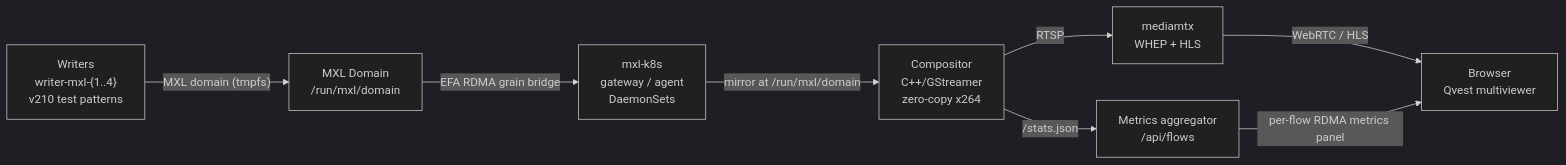
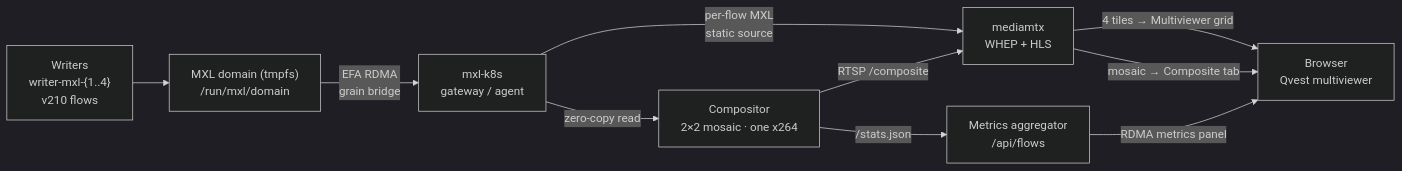
One commit to qvest-digital/mxl-dmf-demo-app changed the diagram in README.md. Above: the diagram before and after it, drawn with Mermaid (dark theme). The commit also changed other lines of this file and 1 other file, not shown here.

Commit message:
docs: correct multiviewer vs composite delivery framing
The Multiviewer grid plays four independent per-flow streams that
mediamtx reads directly from the RDMA-mirrored domain via its MXL
static-source plugin; the compositor's 2x2 mosaic is the separate
Composite tab, not the main grid. Fix README story + Mermaid and the
architecture one-line signal path to show the two independent paths.

````diff
--- a/README.md
+++ b/README.md
@@ -22,10 +23,12 @@
 ```mermaid
 flowchart LR
-    Writers["Writers<br>writer-mxl-{1..4}<br>v210 test patterns"] -->|"MXL domain (tmpfs)"| MXLDomain["MXL Domain<br>/run/mxl/domain"]
-    MXLDomain -->|"EFA RDMA grain bridge"| MXLK8S["mxl-k8s<br>gateway / agent<br>DaemonSets"]
-    MXLK8S -->|"mirror at /run/mxl/domain"| Compositor["Compositor<br>C++/GStreamer<br>zero-copy x264"]
-    Compositor -->|RTSP| Mediamtx["mediamtx<br>WHEP + HLS"]
-    Mediamtx -->|"WebRTC / HLS"| Browser["Browser<br>Qvest multiviewer"]
-    Aggregator["Metrics aggregator<br>/api/flows"] -->|"per-flow RDMA metrics panel"| Browser
-    Compositor -->|/stats.json| Aggregator
+    Writers["Writers<br>writer-mxl-{1..4}<br>v210 flows"] --> Domain["MXL domain (tmpfs)<br>/run/mxl/domain"]
+    Domain -->|"EFA RDMA<br>grain bridge"| MXLK8S["mxl-k8s<br>gateway / agent"]
+    MXLK8S -->|"per-flow MXL<br>static source"| Mediamtx["mediamtx<br>WHEP + HLS"]
+    MXLK8S -->|"zero-copy read"| Compositor["Compositor<br>2×2 mosaic · one x264"]
+    Compositor -->|"RTSP /composite"| Mediamtx
+    Mediamtx -->|"4 tiles → Multiviewer grid"| Browser["Browser<br>Qvest multiviewer"]
+    Mediamtx -->|"mosaic → Composite tab"| Browser
+    Compositor -->|/stats.json| Aggregator["Metrics aggregator<br>/api/flows"]
+    Aggregator -->|"RDMA metrics panel"| Browser
 ```
````
